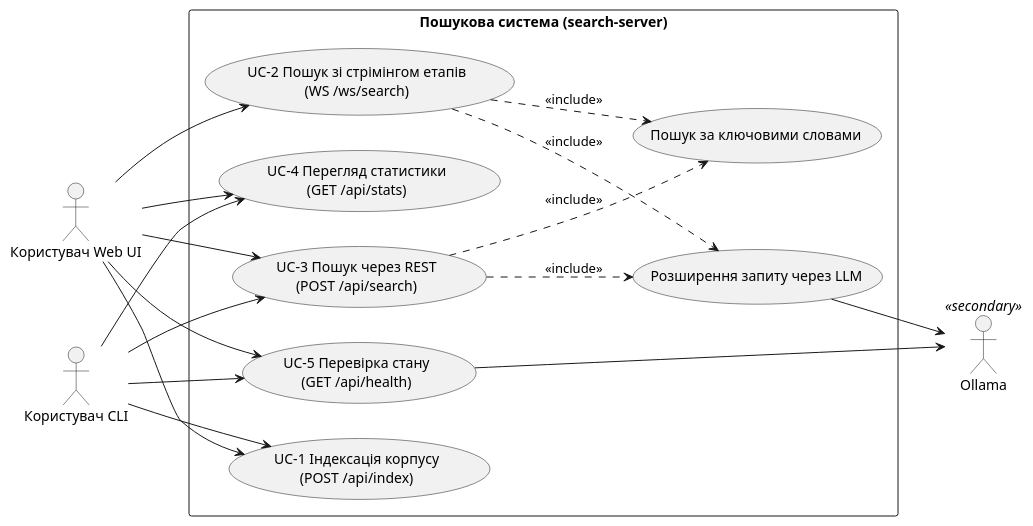
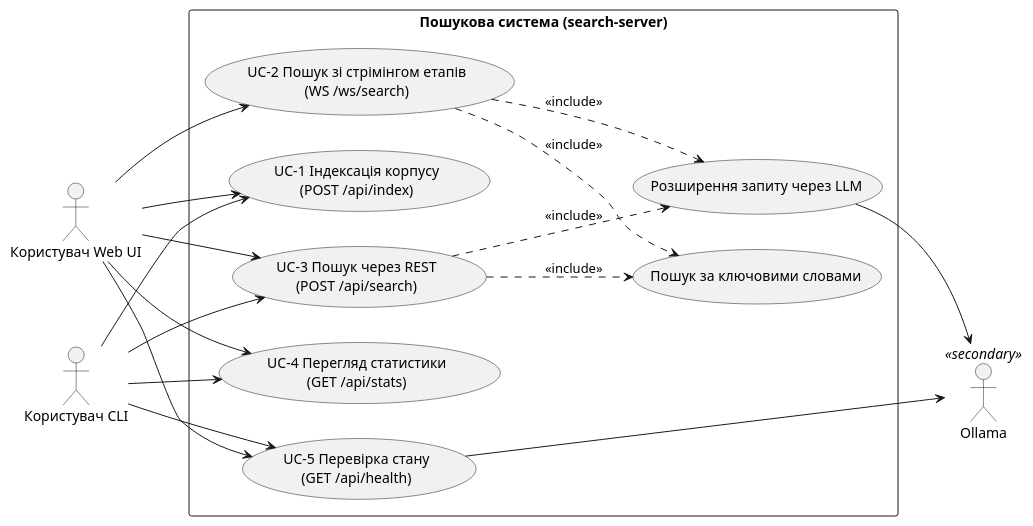
One commit to DariaMelnyk0206/course_work_parallel_computing changed the diagram in docs/uml/use_case.puml. Above: the diagram before and after it, drawn with PlantUML. The commit also changed 14 other files, not shown here.

Commit message:
docs(uml): simplify diagrams and split class diagram

```diff
--- a/docs/uml/use_case.puml
+++ b/docs/uml/use_case.puml
@@ -1,37 +1,31 @@
 @startuml use_case
 left to right direction
 skinparam packageStyle rectangle
-
 actor "Користувач Web UI" as WebUser
 actor "Користувач CLI" as CliUser
 actor "Ollama" as Ollama <<secondary>>
-
 rectangle "Пошукова система (search-server)" {
+  usecase "UC-2 Пошук зі стрімінгом етапів\n(WS /ws/search)" as UC2
   usecase "UC-1 Індексація корпусу\n(POST /api/index)" as UC1
-  usecase "UC-2 Пошук зі стрімінгом етапів\n(WS /ws/search)" as UC2
   usecase "UC-3 Пошук через REST\n(POST /api/search)" as UC3
+  usecase "UC-5 Перевірка стану\n(GET /api/health)" as UC5
   usecase "UC-4 Перегляд статистики\n(GET /api/stats)" as UC4
-  usecase "UC-5 Перевірка стану\n(GET /api/health)" as UC5
   usecase "Розширення запиту через LLM" as UCExp
   usecase "Пошук за ключовими словами" as UCKw
 }
-
 WebUser --> UC1
 WebUser --> UC2
 WebUser --> UC3
 WebUser --> UC4
 WebUser --> UC5
-
 CliUser --> UC1
 CliUser --> UC3
 CliUser --> UC4
 CliUser --> UC5
-
 UC2 ..> UCExp : <<include>>
 UC2 ..> UCKw : <<include>>
 UC3 ..> UCExp : <<include>>
 UC3 ..> UCKw : <<include>>
-
 UCExp --> Ollama
 UC5 --> Ollama
 @enduml
```
